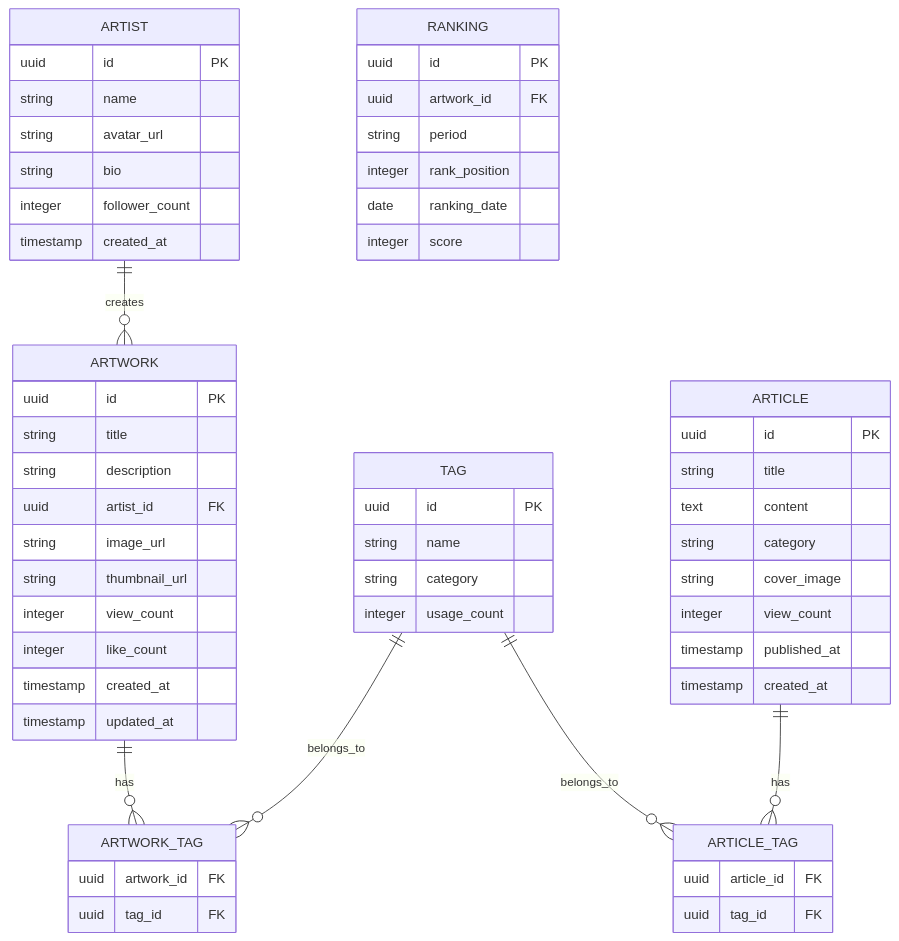
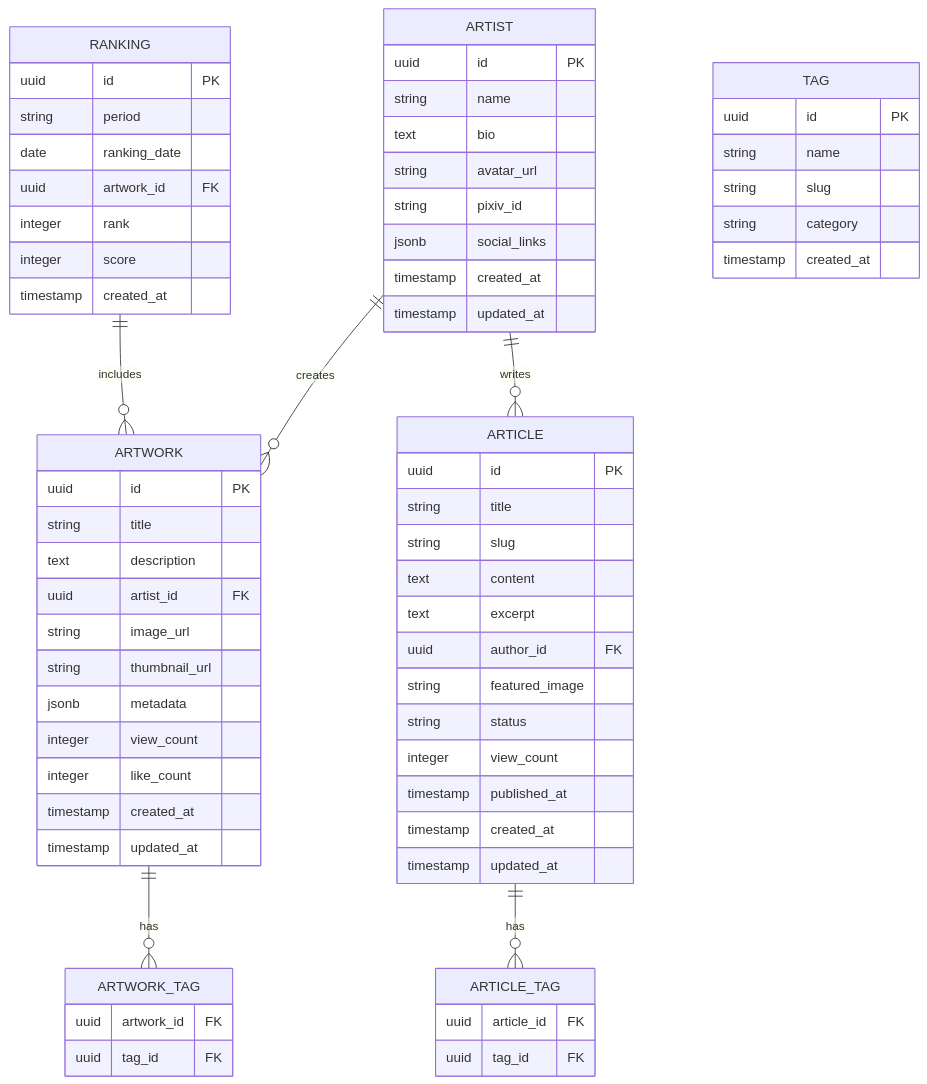
The third of 3 diagrams in .trae/documents/技术架构文档.md (evepupil/acg-otaku-web), drawn with Mermaid before and after one commit. The commit also changed other lines of this file and 355 other files, not shown here.

````diff
--- a/.trae/documents/技术架构文档.md
+++ b/.trae/documents/技术架构文档.md
@@ -154,67 +162,76 @@
 ```mermaid
 erDiagram
-    ARTWORK ||--o{ ARTWORK_TAG : has
-    TAG ||--o{ ARTWORK_TAG : belongs_to
-    ARTIST ||--o{ ARTWORK : creates
-    ARTICLE ||--o{ ARTICLE_TAG : has
-    TAG ||--o{ ARTICLE_TAG : belongs_to
-    
-    ARTWORK {
-        uuid id PK
-        string title
-        string description
-        uuid artist_id FK
-        string image_url
-        string thumbnail_url
-        integer view_count
-        integer like_count
-        timestamp created_at
-        timestamp updated_at
-    }
-    
-    ARTIST {
-        uuid id PK
-        string name
-        string avatar_url
-        string bio
-        integer follower_count
-        timestamp created_at
-    }
-    
-    TAG {
-        uuid id PK
-        string name
-        string category
-        integer usage_count
-    }
-    
-    ARTWORK_TAG {
-        uuid artwork_id FK
-        uuid tag_id FK
-    }
-    
-    ARTICLE {
-        uuid id PK
-        string title
-        text content
-        string category
-        string cover_image
-        integer view_count
-        timestamp published_at
-        timestamp created_at
-    }
-    
-    ARTICLE_TAG {
-        uuid article_id FK
-        uuid tag_id FK
-    }
-    
-    RANKING {
-        uuid id PK
-        uuid artwork_id FK
-        string period
-        integer rank_position
-        date ranking_date
-        integer score
-    }
+  ARTWORK ||--o{ ARTWORK_TAG : has
+  ARTIST ||--o{ ARTWORK : creates
+  ARTICLE ||--o{ ARTICLE_TAG : has
+  ARTIST ||--o{ ARTICLE : writes
+  RANKING ||--o{ ARTWORK : includes
+  
+  ARTWORK {
+    uuid id PK
+    string title
+    text description
+    uuid artist_id FK
+    string image_url
+    string thumbnail_url
+    jsonb metadata
+    integer view_count
+    integer like_count
+    timestamp created_at
+    timestamp updated_at
+  }
+  
+  ARTIST {
+    uuid id PK
+    string name
+    text bio
+    string avatar_url
+    string pixiv_id
+    jsonb social_links
+    timestamp created_at
+    timestamp updated_at
+  }
+  
+  ARTICLE {
+    uuid id PK
+    string title
+    string slug
+    text content
+    text excerpt
+    uuid author_id FK
+    string featured_image
+    string status
+    integer view_count
+    timestamp published_at
+    timestamp created_at
+    timestamp updated_at
+  }
+  
+  RANKING {
+    uuid id PK
+    string period
+    date ranking_date
+    uuid artwork_id FK
+    integer rank
+    integer score
+    timestamp created_at
+  }
+  
+  TAG {
+    uuid id PK
+    string name
+    string slug
+    string category
+    timestamp created_at
+  }
+  
+  ARTWORK_TAG {
+    uuid artwork_id FK
+    uuid tag_id FK
+  }
+  
+  ARTICLE_TAG {
+    uuid article_id FK
+    uuid tag_id FK
+  }
 ```
````
